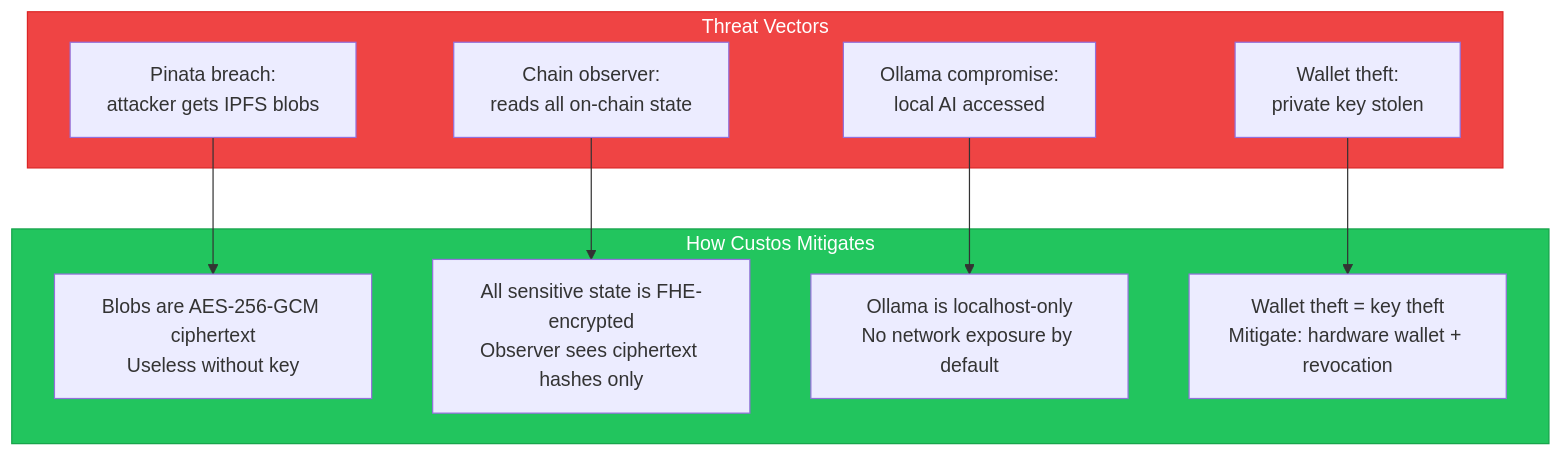
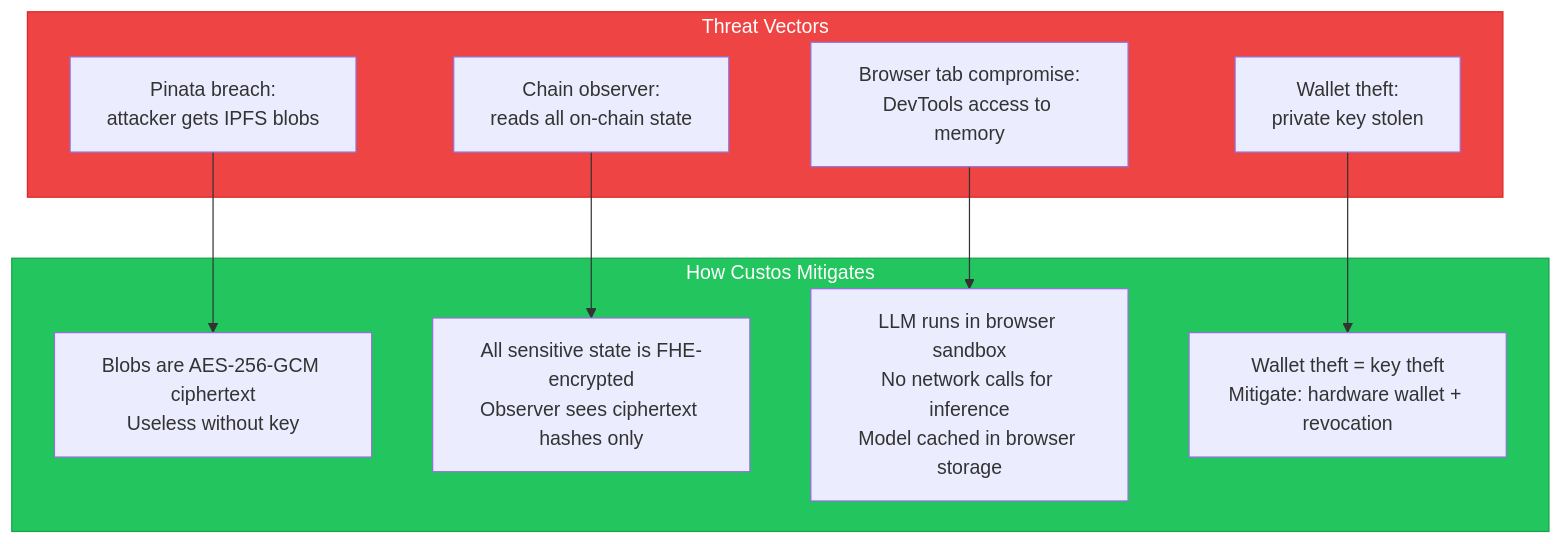
Before and after one commit to harystyleseze/custos: diagram 16 of 16 in ARCHITECTURE.md, drawn with Mermaid. The commit also changed other lines of this file and 3 other files, not shown here.

````diff
--- a/ARCHITECTURE.md
+++ b/ARCHITECTURE.md
@@ -582,24 +583,24 @@
 ```mermaid
 graph TD
     subgraph Threats["Threat Vectors"]
         T1["Pinata breach:<br/>attacker gets IPFS blobs"]
         T2["Chain observer:<br/>reads all on-chain state"]
-        T3["Ollama compromise:<br/>local AI accessed"]
+        T3["Browser tab compromise:<br/>DevTools access to memory"]
         T4["Wallet theft:<br/>private key stolen"]
     end
 
     subgraph Mitigations["How Custos Mitigates"]
         M1["Blobs are AES-256-GCM ciphertext<br/>Useless without key"]
         M2["All sensitive state is FHE-encrypted<br/>Observer sees ciphertext hashes only"]
-        M3["Ollama is localhost-only<br/>No network exposure by default"]
+        M3["LLM runs in browser sandbox<br/>No network calls for inference<br/>Model cached in browser storage"]
         M4["Wallet theft = key theft<br/>Mitigate: hardware wallet + revocation"]
     end
 
     T1 --> M1
     T2 --> M2
     T3 --> M3
     T4 --> M4
 
     style Threats fill:#ef4444,stroke:#dc2626,color:#fff
     style Mitigations fill:#22c55e,stroke:#16a34a,color:#fff
 ```
````
